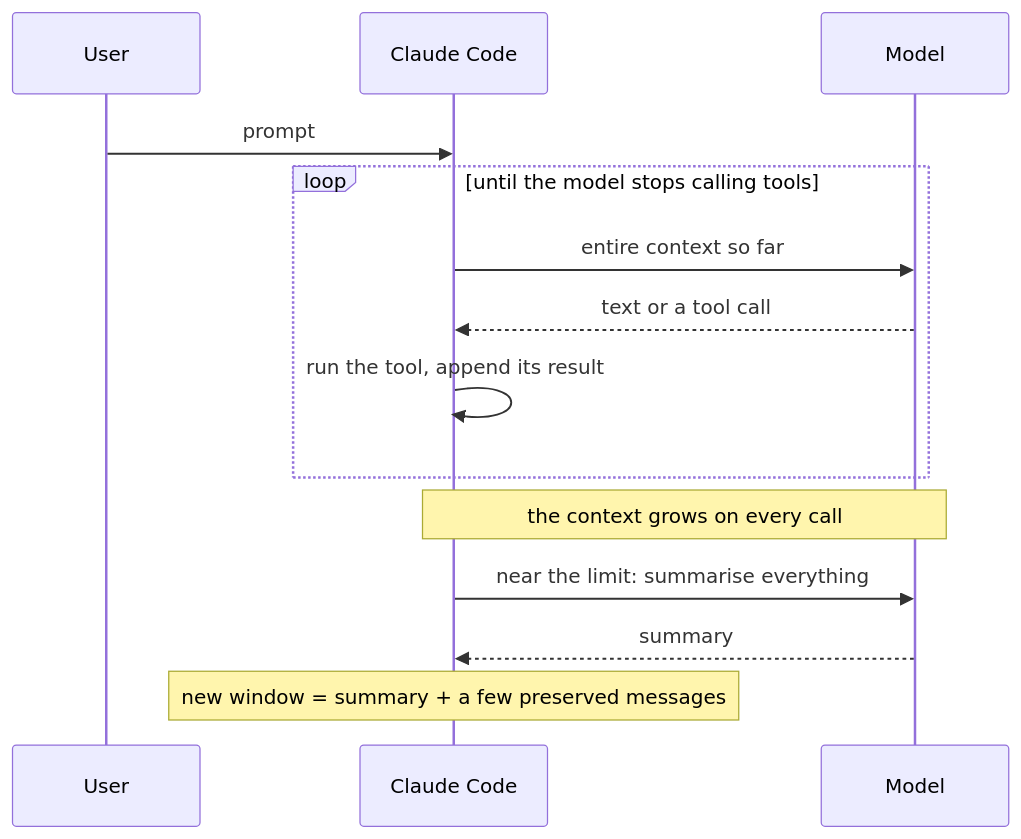
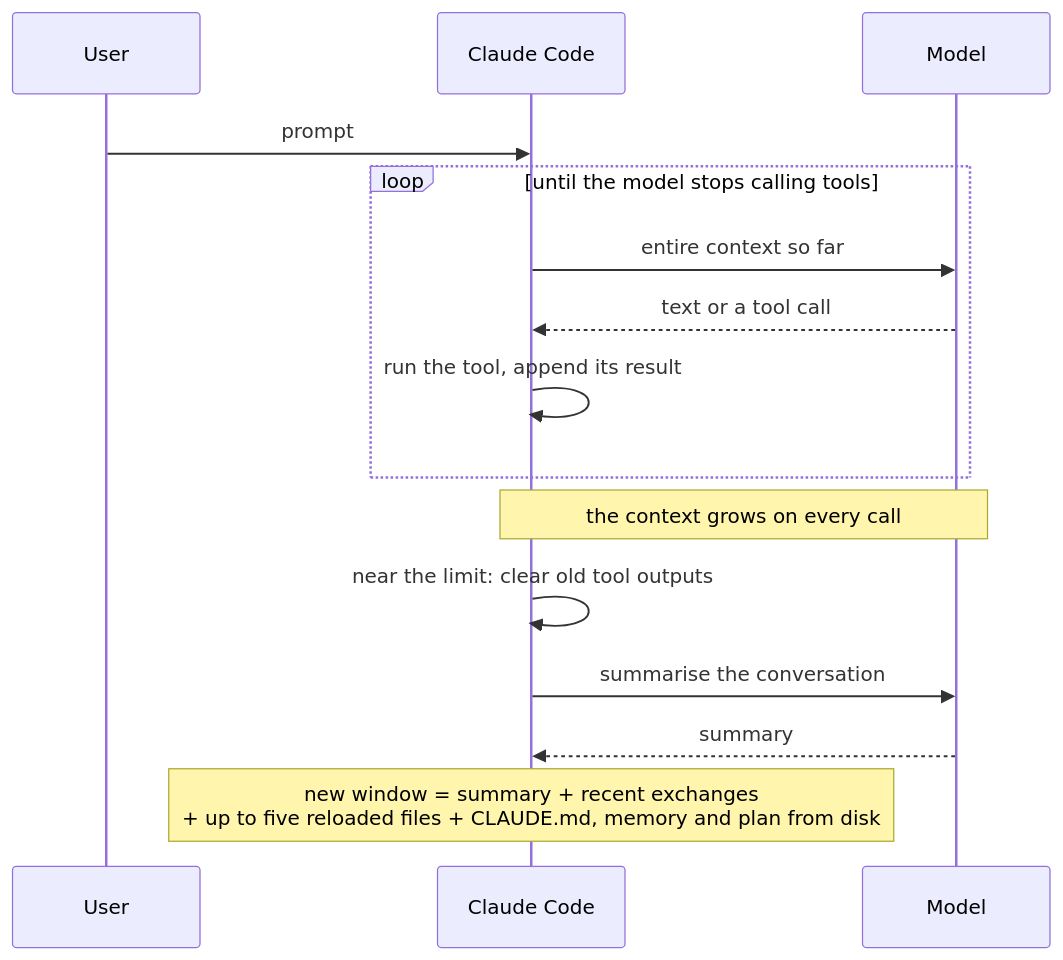
One commit to gamedevnifemi/context-engineering changed the second of 2 diagrams in README.md. Above: the diagram before and after it, drawn with Mermaid. The commit also changed other lines of this file and 9 other files, not shown here.

````diff
--- a/README.md
+++ b/README.md
@@ -39,16 +45,17 @@
 ```mermaid
 sequenceDiagram
     participant U as User
     participant C as Claude Code
     participant M as Model
     U->>C: prompt
     loop until the model stops calling tools
         C->>M: entire context so far
         M-->>C: text or a tool call
         C->>C: run the tool, append its result
     end
     Note over C,M: the context grows on every call
-    C->>M: near the limit: summarise everything
+    C->>C: near the limit: clear old tool outputs
+    C->>M: summarise the conversation
     M-->>C: summary
-    Note over C: new window = summary + a few preserved messages
+    Note over C: new window = summary + recent exchanges<br/>+ up to five reloaded files + CLAUDE.md, memory and plan from disk
 ```
````
